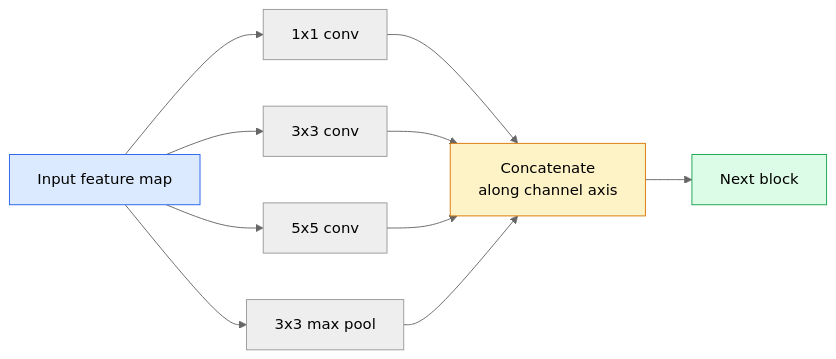
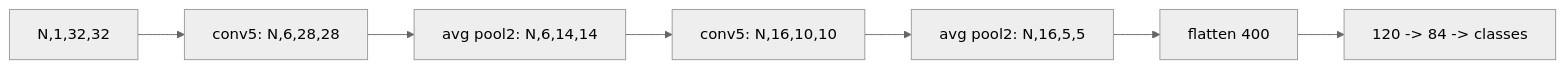
Before and after one commit to t3mr0i/ai-engineering-from-scratch: the diagram in phases/04-computer-vision/03-cnns-lenet-to-resnet/docs/en.md, drawn with Mermaid (neutral theme). The commit also changed other lines of this file and 98 other files, not shown here.

````diff
--- a/phases/04-computer-vision/03-cnns-lenet-to-resnet/docs/en.md
+++ b/phases/04-computer-vision/03-cnns-lenet-to-resnet/docs/en.md
@@ -83,16 +24,9 @@
 ```mermaid
 flowchart LR
-    IN["Input feature map"] --> A["1x1 conv"]
-    IN --> B["3x3 conv"]
-    IN --> C["5x5 conv"]
-    IN --> D["3x3 max pool"]
-    A --> CAT["Concatenate<br/>along channel axis"]
-    B --> CAT
-    C --> CAT
-    D --> CAT
-    CAT --> OUT["Next block"]
-
-    style IN fill:#dbeafe,stroke:#2563eb
-    style CAT fill:#fef3c7,stroke:#d97706
-    style OUT fill:#dcfce7,stroke:#16a34a
+    A["N,1,32,32"] --> B["conv5: N,6,28,28"]
+    B --> C["avg pool2: N,6,14,14"]
+    C --> D["conv5: N,16,10,10"]
+    D --> E["avg pool2: N,16,5,5"]
+    E --> F["flatten 400"]
+    F --> G["120 -> 84 -> classes"]
 ```
````
